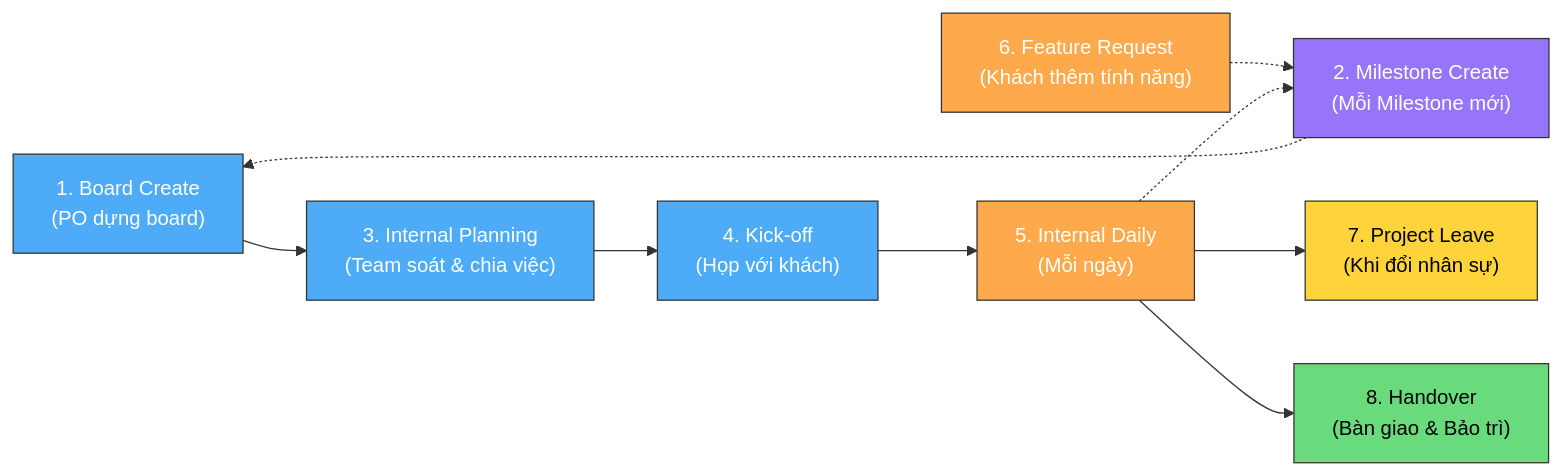
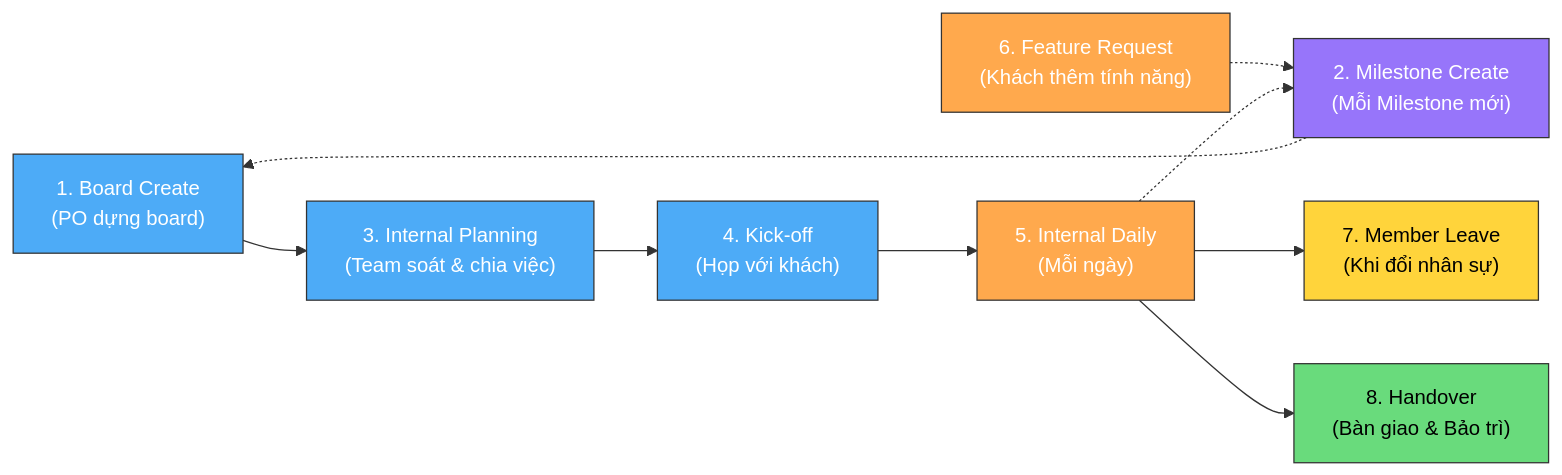
One commit to Cyberk-Official/handbooks changed the diagram in 05-product-owner/README.md. Above: the diagram before and after it, drawn with Mermaid. The commit also changed other lines of this file and 33 other files, not shown here.

````diff
--- a/05-product-owner/README.md
+++ b/05-product-owner/README.md
@@ -20,20 +20,20 @@
 ```mermaid
 flowchart LR
     P1["1. Board Create\n(PO dựng board)"] --> P3["3. Internal Planning\n(Team soát & chia việc)"]
     P2["2. Milestone Create\n(Mỗi Milestone mới)"] -.-> P1
     P3 --> P4["4. Kick-off\n(Họp với khách)"]
     P4 --> P5["5. Internal Daily\n(Mỗi ngày)"]
     P6["6. Feature Request\n(Khách thêm tính năng)"] -.-> P2
     P5 -.-> P2
-    P5 --> P7["7. Project Leave\n(Khi đổi nhân sự)"]
+    P5 --> P7["7. Member Leave\n(Khi đổi nhân sự)"]
     P5 --> P8["8. Handover\n(Bàn giao & Bảo trì)"]
 
     style P1 fill:#4dabf7,stroke:#333,color:#fff
     style P2 fill:#9775fa,stroke:#333,color:#fff
     style P3 fill:#4dabf7,stroke:#333,color:#fff
     style P4 fill:#4dabf7,stroke:#333,color:#fff
     style P5 fill:#ffa94d,stroke:#333,color:#fff
     style P6 fill:#ffa94d,stroke:#333,color:#fff
     style P7 fill:#ffd43b,stroke:#333,color:#000
     style P8 fill:#69db7c,stroke:#333,color:#000
 ```
````
